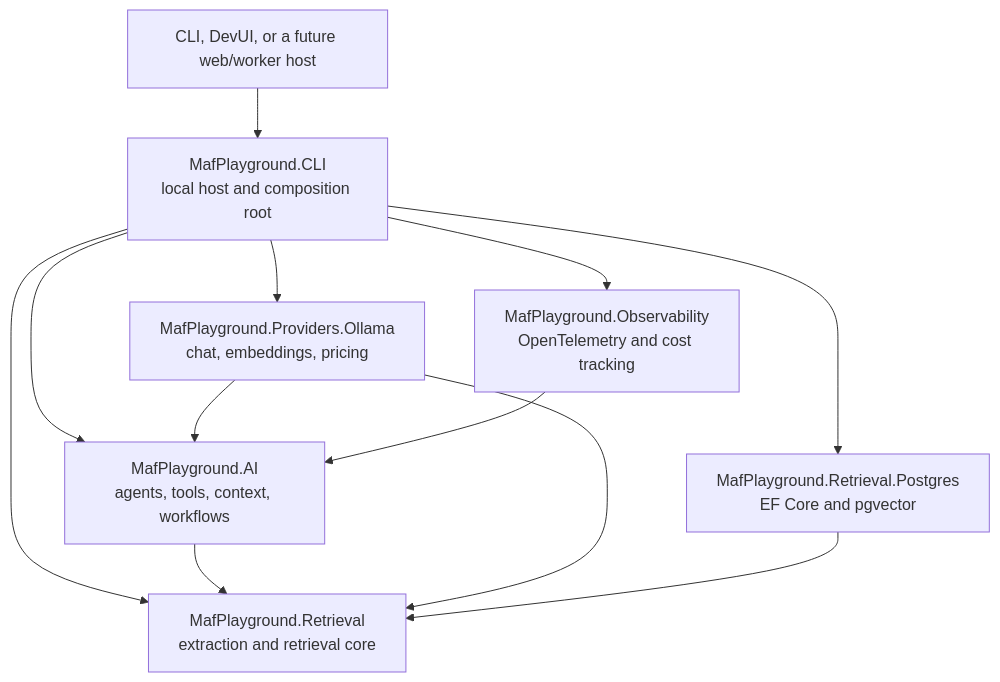
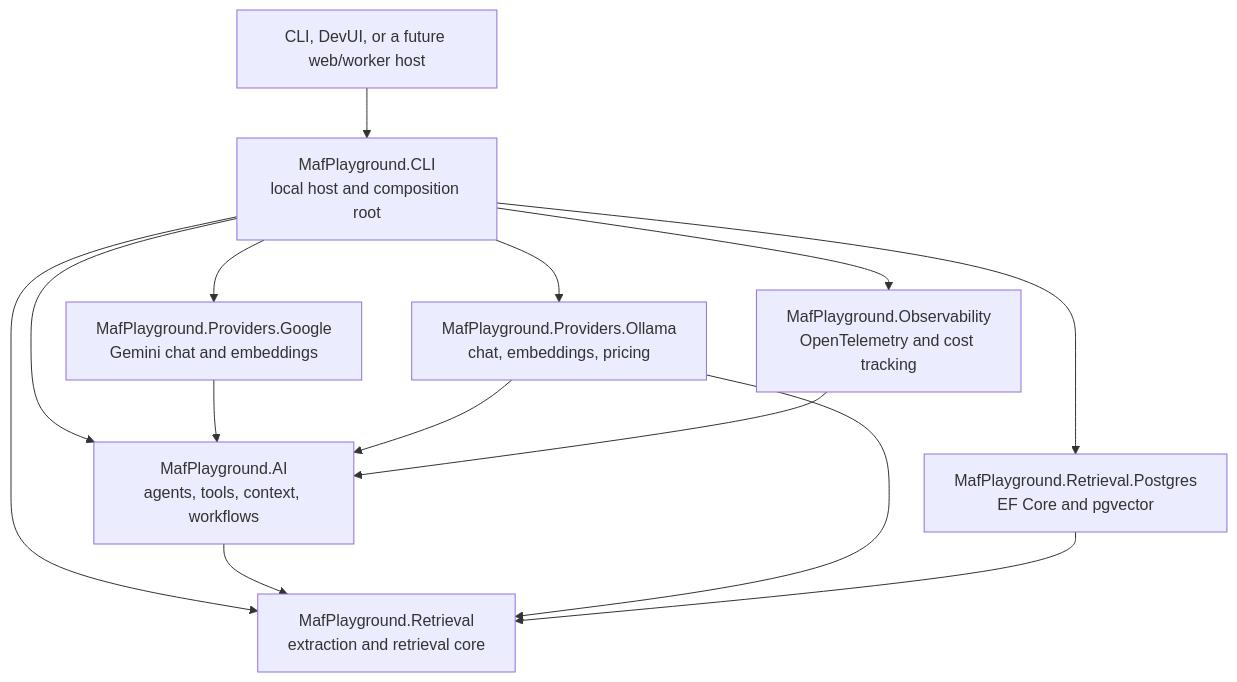
One commit to LautaroO/maf-playground changed the diagram in README.md. Above: the diagram before and after it, drawn with Mermaid. The commit also changed other lines of this file and 34 other files, not shown here.

````diff
--- a/README.md
+++ b/README.md
@@ -23,22 +24,25 @@
 ```mermaid
 flowchart TB
     CLI[MafPlayground.CLI<br/>local host and composition root]
     AI[MafPlayground.AI<br/>agents, tools, context, workflows]
     Retrieval[MafPlayground.Retrieval<br/>extraction and retrieval core]
+    Google[MafPlayground.Providers.Google<br/>Gemini chat and embeddings]
     Ollama[MafPlayground.Providers.Ollama<br/>chat, embeddings, pricing]
     Postgres[MafPlayground.Retrieval.Postgres<br/>EF Core and pgvector]
     Obs[MafPlayground.Observability<br/>OpenTelemetry and cost tracking]
     Dev[CLI, DevUI, or a future web/worker host]
 
     Dev --> CLI
     CLI --> AI
     CLI --> Retrieval
+    CLI --> Google
     CLI --> Ollama
     CLI --> Postgres
     CLI --> Obs
     AI --> Retrieval
+    Google --> AI
     Ollama --> AI
     Ollama --> Retrieval
     Postgres --> Retrieval
     Obs --> AI
 ```
````
